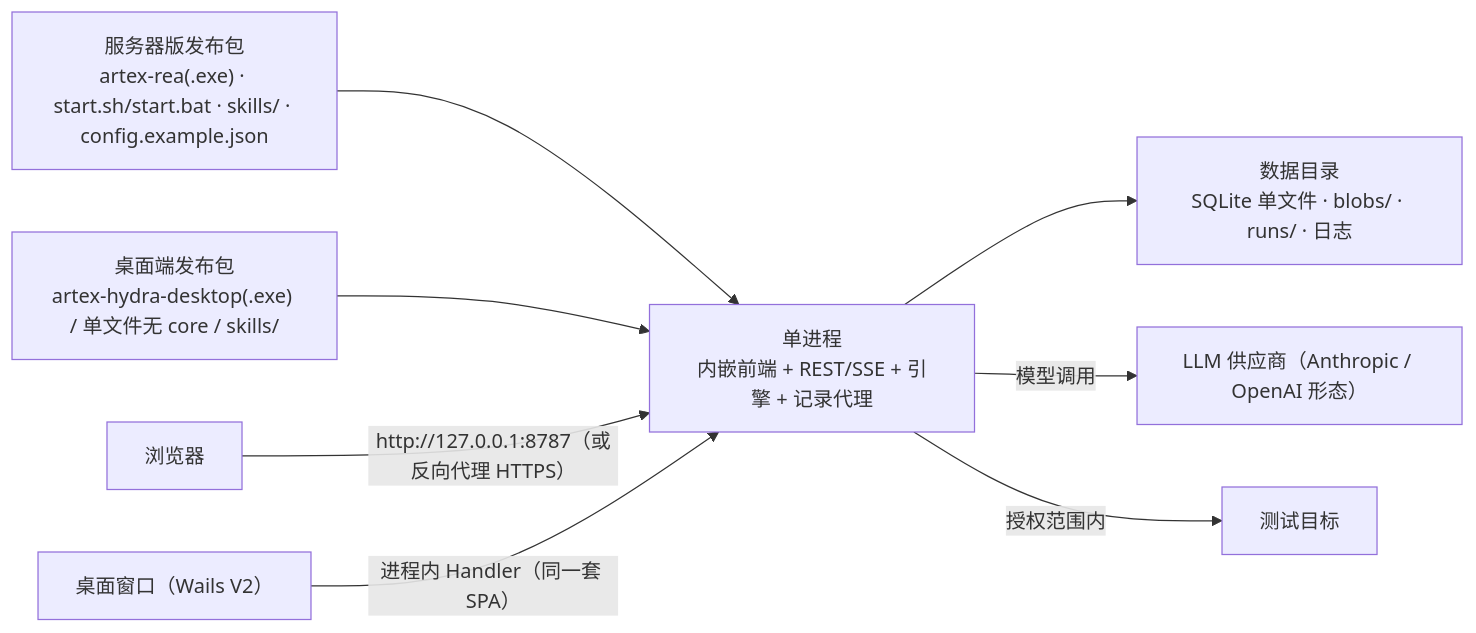
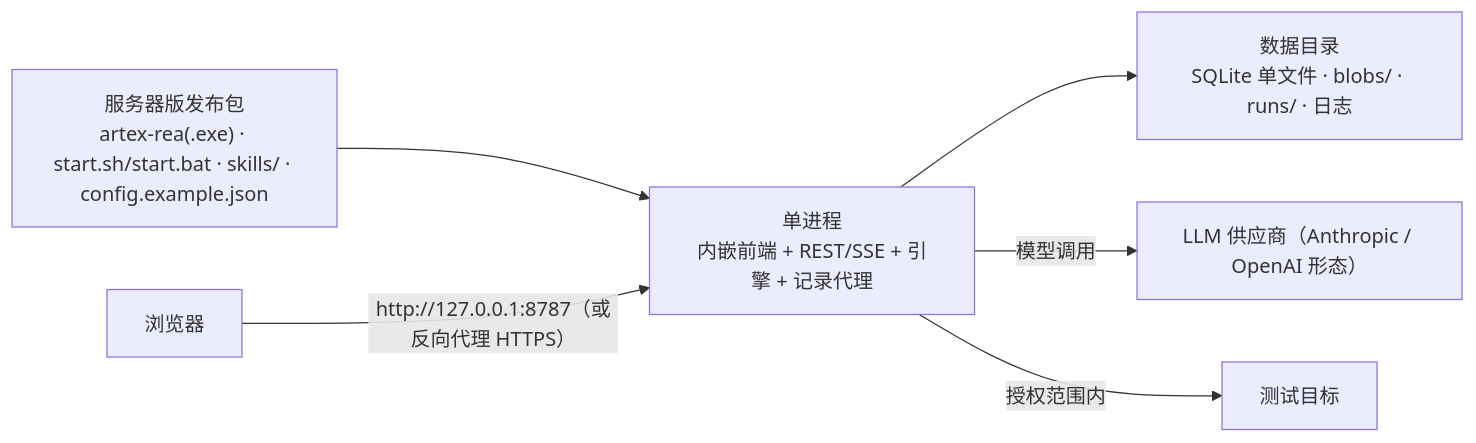
Before and after one commit to j5tv9nfzhn-hue/ARTEX-HYDRA: the sixth of 6 diagrams in README.md, drawn with Mermaid. The commit also changed other lines of this file and 36 other files, not shown here.

````diff
--- a/README.md
+++ b/README.md
@@ -459,10 +428,8 @@
 ```mermaid
 flowchart LR
   PKG["服务器版发布包<br/>artex-rea(.exe) · start.sh/start.bat · skills/ · config.example.json"] --> BIN["单进程<br/>内嵌前端 + REST/SSE + 引擎 + 记录代理"]
-  PKGD["桌面端发布包<br/>artex-hydra-desktop(.exe) / 单文件无 core / skills/"] --> BIN
   BIN --> DATA["数据目录<br/>SQLite 单文件 · blobs/ · runs/ · 日志"]
   USER["浏览器"] -->|"http://127.0.0.1:8787（或反向代理 HTTPS）"| BIN
-  DESKTOP["桌面窗口（Wails V2）"] -->|"进程内 Handler（同一套 SPA）"| BIN
   BIN -->|"模型调用"| PLLM["LLM 供应商（Anthropic / OpenAI 形态）"]
   BIN -->|"授权范围内"| PTGT["测试目标"]
 ```
````
